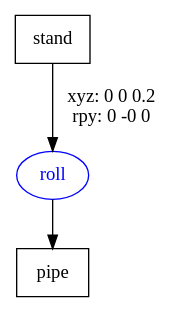
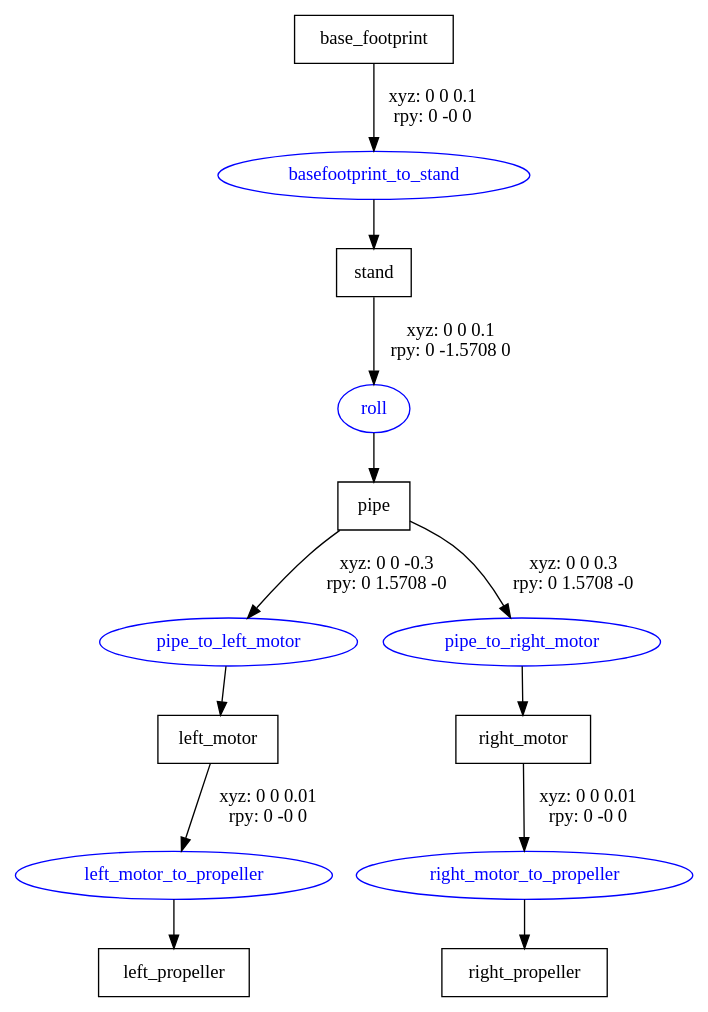
Before and after one commit to kasraazizi/thrust_balance: the diagram in tb_description/urdf/thrustbalance.gv, drawn with Graphviz. The commit also changed 2 other files, not shown here.

Commit message:
description modified & propeller joints added

```diff
--- a/tb_description/urdf/thrustbalance.gv
+++ b/tb_description/urdf/thrustbalance.gv
@@ -1,8 +1,23 @@
 digraph G {
 node [shape=box];
+"base_footprint" [label="base_footprint"];
 "stand" [label="stand"];
 "pipe" [label="pipe"];
+"left_motor" [label="left_motor"];
+"left_propeller" [label="left_propeller"];
+"right_motor" [label="right_motor"];
+"right_propeller" [label="right_propeller"];
 node [shape=ellipse, color=blue, fontcolor=blue];
-"stand" -> "roll" [label="xyz: 0 0 0.2 \nrpy: 0 -0 0"]
+"base_footprint" -> "basefootprint_to_stand" [label="xyz: 0 0 0.1 \nrpy: 0 -0 0"]
+"basefootprint_to_stand" -> "stand"
+"stand" -> "roll" [label="xyz: 0 0 0.1 \nrpy: 0 -1.5708 0"]
 "roll" -> "pipe"
+"pipe" -> "pipe_to_left_motor" [label="xyz: 0 0 -0.3 \nrpy: 0 1.5708 -0"]
+"pipe_to_left_motor" -> "left_motor"
+"left_motor" -> "left_motor_to_propeller" [label="xyz: 0 0 0.01 \nrpy: 0 -0 0"]
+"left_motor_to_propeller" -> "left_propeller"
+"pipe" -> "pipe_to_right_motor" [label="xyz: 0 0 0.3 \nrpy: 0 1.5708 -0"]
+"pipe_to_right_motor" -> "right_motor"
+"right_motor" -> "right_motor_to_propeller" [label="xyz: 0 0 0.01 \nrpy: 0 -0 0"]
+"right_motor_to_propeller" -> "right_propeller"
 }
```
